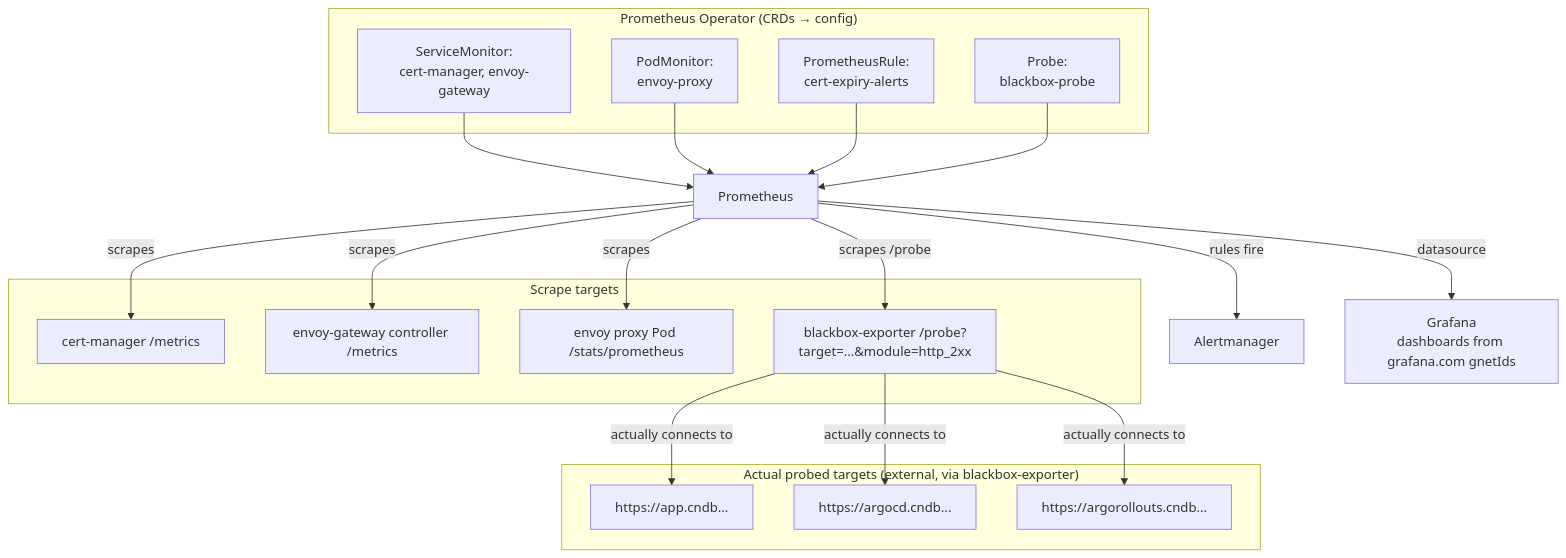
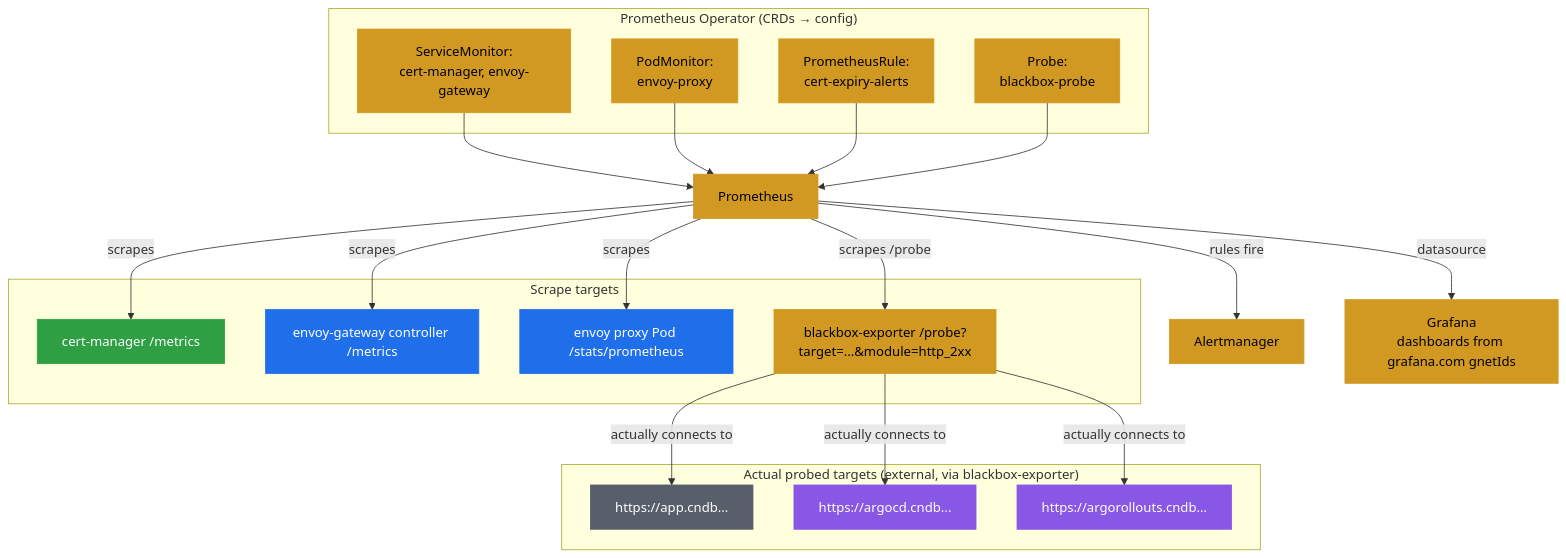
Before and after one commit to atkaridarshan04/cloudnative-devops-blueprint: the diagram in docs/concepts/monitoring-concepts.md, drawn with Mermaid. The commit also changed 24 other files, not shown here.

Commit message:
docs: fix doc/manifest mismatches, trim noisy comments, improve diagrams, reorganize assets, drop dead config

````diff
--- a/docs/concepts/monitoring-concepts.md
+++ b/docs/concepts/monitoring-concepts.md
@@ -136,42 +136,54 @@
 ```mermaid
 flowchart TD
     subgraph "Prometheus Operator (CRDs → config)"
         SM[ServiceMonitor:<br/>cert-manager, envoy-gateway]
         PM[PodMonitor:<br/>envoy-proxy]
         PR[PrometheusRule:<br/>cert-expiry-alerts]
         PB[Probe:<br/>blackbox-probe]
     end
 
     subgraph "Scrape targets"
         CM[cert-manager /metrics]
         EGC[envoy-gateway controller /metrics]
         EGP[envoy proxy Pod /stats/prometheus]
         BBE["blackbox-exporter /probe?target=...&module=http_2xx"]
     end
 
     subgraph "Actual probed targets (external, via blackbox-exporter)"
         T1[https://app.cndb...]
         T2[https://argocd.cndb...]
         T3[https://argorollouts.cndb...]
     end
 
     Prom[Prometheus]
     AM[Alertmanager]
     Graf[Grafana<br/>dashboards from grafana.com gnetIds]
 
     SM --> Prom
     PM --> Prom
     PR --> Prom
     PB --> Prom
 
     Prom -->|scrapes| CM
     Prom -->|scrapes| EGC
     Prom -->|scrapes| EGP
     Prom -->|scrapes /probe| BBE
     BBE -->|actually connects to| T1
     BBE -->|actually connects to| T2
     BBE -->|actually connects to| T3
 
     Prom -->|rules fire| AM
     Prom -->|datasource| Graf
+
+    classDef gateway fill:#1f6feb,color:#fff,stroke:#1f6feb
+    classDef certmgr fill:#2ea043,color:#fff,stroke:#2ea043
+    classDef argocd fill:#8957e5,color:#fff,stroke:#8957e5
+    classDef monitoring fill:#d29922,color:#000,stroke:#d29922
+    classDef app fill:#57606a,color:#fff,stroke:#57606a
+
+    class SM,PM,PR,PB,BBE,Prom,AM,Graf monitoring
+    class CM certmgr
+    class EGC,EGP gateway
+    class T1 app
+    class T2,T3 argocd
 ```
````
